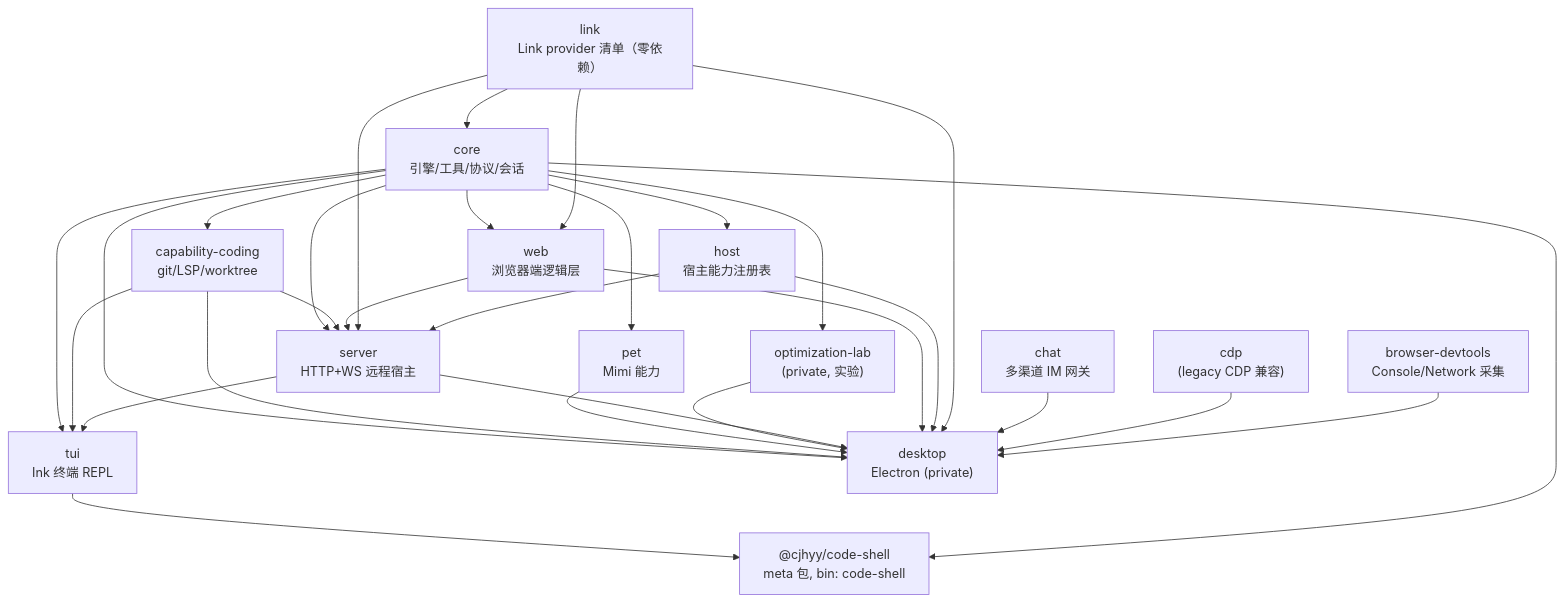
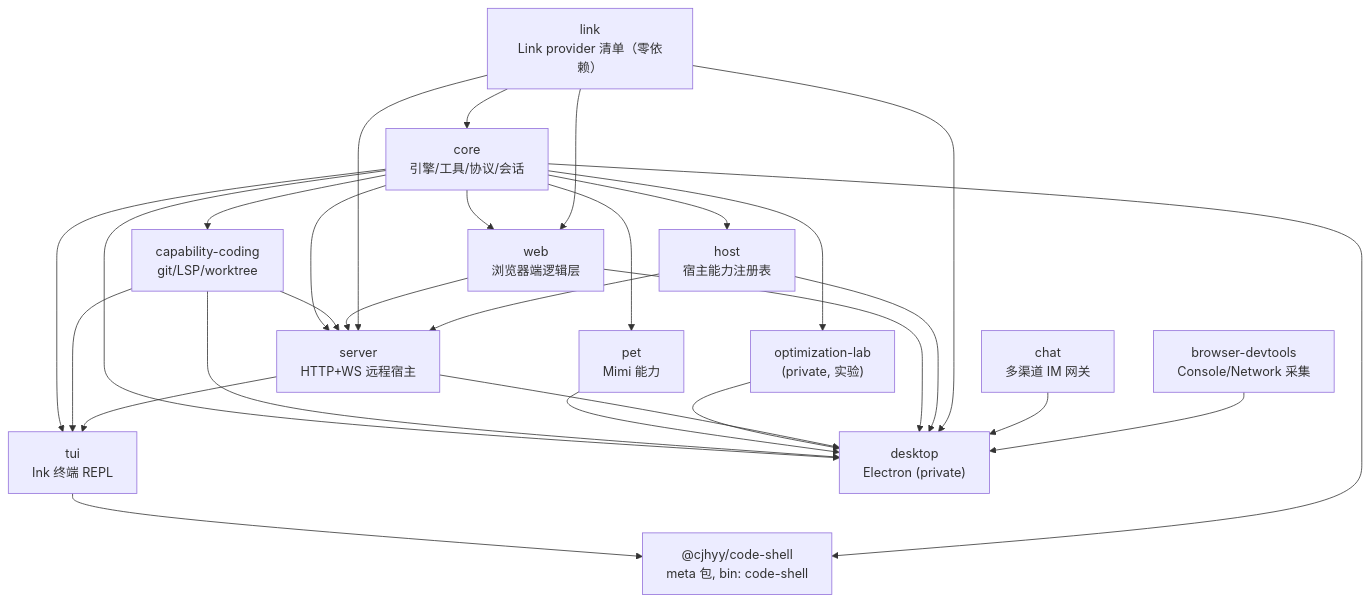
Before and after one commit to cjhyy/codeshell: the first of 2 diagrams in docs/architecture/00-overview.md, drawn with Mermaid. The commit also changed other lines of this file and 44 other files, not shown here.

Commit message:
refactor(desktop): remove legacy CDP driver and workspace

````diff
--- a/docs/architecture/00-overview.md
+++ b/docs/architecture/00-overview.md
@@ -16,27 +16,26 @@
 ```mermaid
 graph TD
   link["link<br/>Link provider 清单（零依赖）"]
   core["core<br/>引擎/工具/协议/会话"]
   host["host<br/>宿主能力注册表"]
   coding["capability-coding<br/>git/LSP/worktree"]
   pet["pet<br/>Mimi 能力"]
   optlab["optimization-lab<br/>(private, 实验)"]
-  cdp["cdp<br/>(legacy CDP 兼容)"]
   bdt["browser-devtools<br/>Console/Network 采集"]
   web["web<br/>浏览器端逻辑层"]
   server["server<br/>HTTP+WS 远程宿主"]
   tui["tui<br/>Ink 终端 REPL"]
   chat["chat<br/>多渠道 IM 网关"]
   desktop["desktop<br/>Electron (private)"]
   meta["@cjhyy/code-shell<br/>meta 包, bin: code-shell"]
 
   link --> core
   core --> host & coding & pet & optlab
   core --> web
   link --> web
   core & coding & web & link & host --> server
   core & coding & server --> tui
-  core & coding & pet & optlab & server & web & host & link & chat & cdp & bdt --> desktop
+  core & coding & pet & optlab & server & web & host & link & chat & bdt --> desktop
   tui --> meta
   core --> meta
 ```
````
